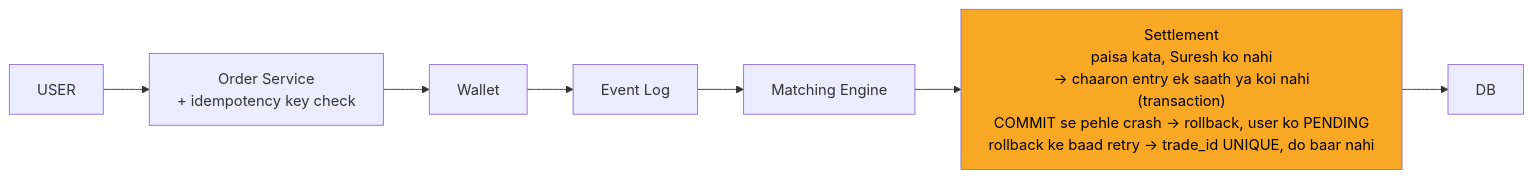
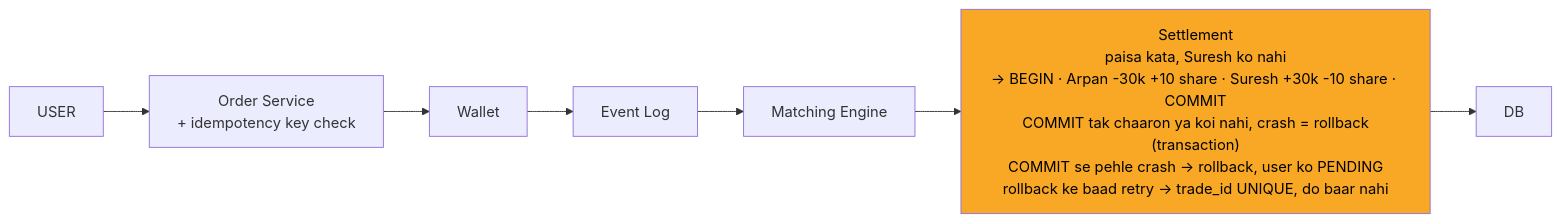
The seventh of 10 diagrams in 04_HLD/SYSTEM_DESIGNS/05_stock_broker_trading/05_stock_broker_trading.md (ArpanMaheshwari144/Prep), drawn with Mermaid before and after one commit. The commit also changed other lines of this file and 13 other files, not shown here.

````diff
--- a/04_HLD/SYSTEM_DESIGNS/05_stock_broker_trading/05_stock_broker_trading.md
+++ b/04_HLD/SYSTEM_DESIGNS/05_stock_broker_trading/05_stock_broker_trading.md
@@ -275,18 +280,18 @@
 ```mermaid
 %%{init: {"flowchart": {"wrappingWidth": 450}}}%%
 flowchart LR
     n_USER["USER"]
     n_Order_Service["Order Service<br/>+ idempotency key check"]
     n_Wallet["Wallet"]
     n_Event_Log["Event Log"]
     n_Matching_Engine["Matching Engine"]
-    n_Settlement["Settlement<br/>paisa kata, Suresh ko nahi<br/>-> chaaron entry ek saath ya koi nahi<br/>(transaction)<br/>COMMIT se pehle crash -> rollback, user ko PENDING<br/>rollback ke baad retry -> trade_id UNIQUE, do baar nahi"]
+    n_Settlement["Settlement<br/>paisa kata, Suresh ko nahi<br/>-> BEGIN · Arpan -30k +10 share · Suresh +30k -10 share · COMMIT<br/>COMMIT tak chaaron ya koi nahi, crash = rollback<br/>(transaction)<br/>COMMIT se pehle crash -> rollback, user ko PENDING<br/>rollback ke baad retry -> trade_id UNIQUE, do baar nahi"]
     n_DB["DB"]
     n_USER --> n_Order_Service
     n_Order_Service --> n_Wallet
     n_Wallet --> n_Event_Log
     n_Event_Log --> n_Matching_Engine
     n_Matching_Engine --> n_Settlement
     n_Settlement --> n_DB
     style n_Settlement fill:#f9a825,color:#000
 ```
````
